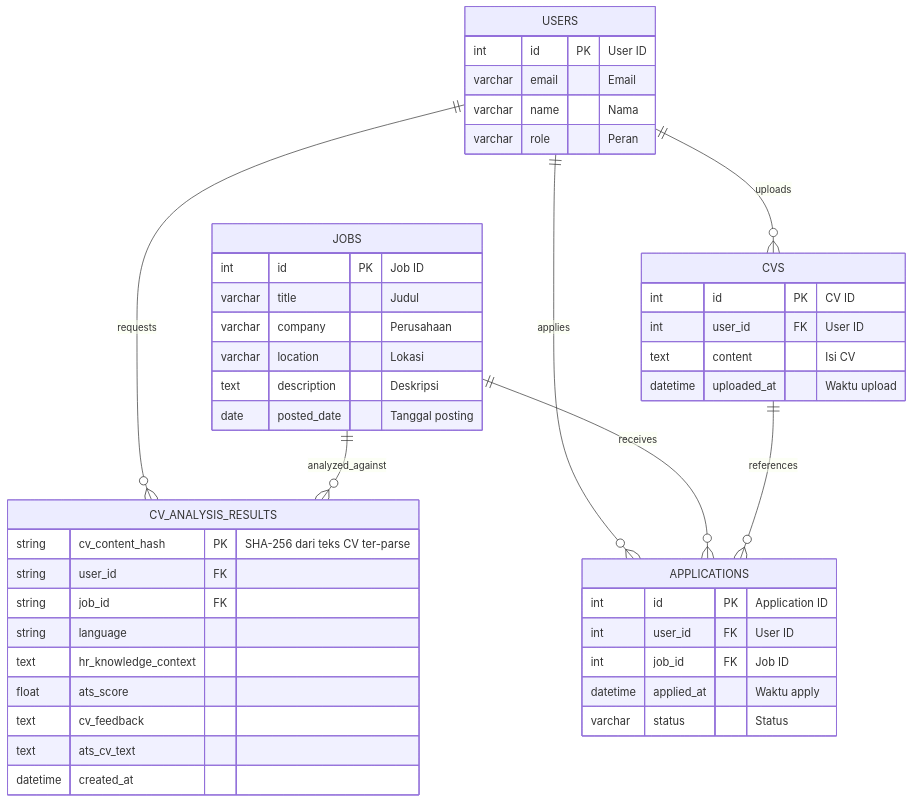
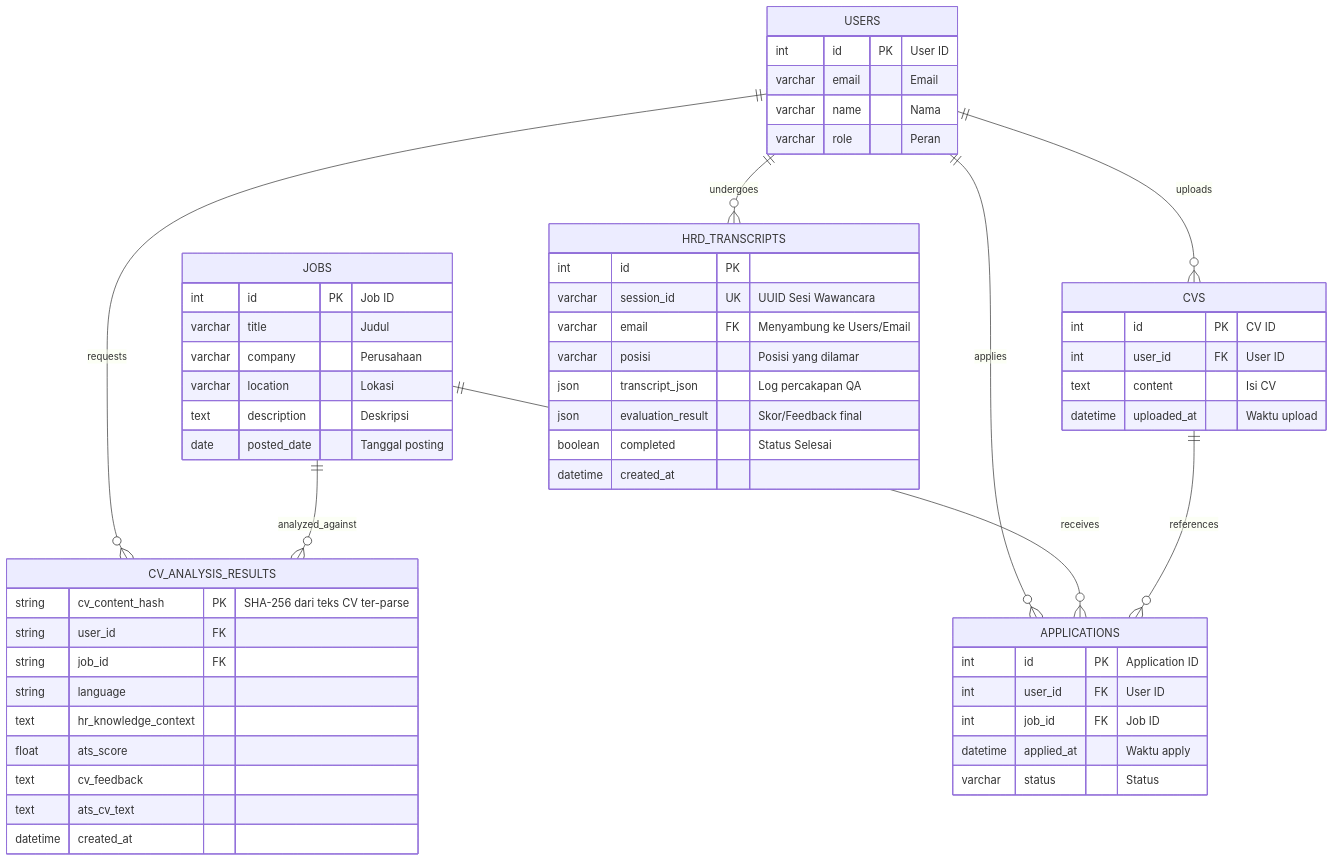
One commit to indri007/sweet-align-hub changed the diagram in ERD_JobMatch_AI.md. Above: the diagram before and after it, drawn with Mermaid. The commit also changed 2 other files, not shown here.

Commit message:
docs: finalize ERD/PRD, document Qdrant data loss incident, add cleanup script

````diff
--- a/ERD_JobMatch_AI.md
+++ b/ERD_JobMatch_AI.md
@@ -5,49 +5,61 @@
 ```mermaid
 erDiagram
   USERS ||--o{ CV_ANALYSIS_RESULTS : requests
   JOBS ||--o{ CV_ANALYSIS_RESULTS : analyzed_against
     JOBS {
         int id PK "Job ID"
         varchar title "Judul"
         varchar company "Perusahaan"
         varchar location "Lokasi"
         text description "Deskripsi"
         date posted_date "Tanggal posting"
     }
     USERS {
         int id PK "User ID"
         varchar email "Email"
         varchar name "Nama"
         varchar role "Peran"
     }
     APPLICATIONS {
         int id PK "Application ID"
         int user_id FK "User ID"
         int job_id FK "Job ID"
         datetime applied_at "Waktu apply"
         varchar status "Status"
     }
     CVS {
         int id PK "CV ID"
         int user_id FK "User ID"
         text content "Isi CV"
         datetime uploaded_at "Waktu upload"
     }
 
     USERS ||--o{ APPLICATIONS : "applies"
     JOBS ||--o{ APPLICATIONS : "receives"
     USERS ||--o{ CVS : "uploads"
     CVS ||--o{ APPLICATIONS : "references"
+    USERS ||--o{ HRD_TRANSCRIPTS : "undergoes"
+
+    HRD_TRANSCRIPTS {
+        int id PK
+        varchar session_id UK "UUID Sesi Wawancara"
+        varchar email FK "Menyambung ke Users/Email"
+        varchar posisi "Posisi yang dilamar"
+        json transcript_json "Log percakapan QA"
+        json evaluation_result "Skor/Feedback final"
+        boolean completed "Status Selesai"
+        datetime created_at
+    }
 
   CV_ANALYSIS_RESULTS {
     string cv_content_hash PK "SHA-256 dari teks CV ter-parse"
     string user_id FK
     string job_id FK
     string language
     text hr_knowledge_context
     float ats_score
     text cv_feedback
     text ats_cv_text
     datetime created_at
   }
 ```
````
